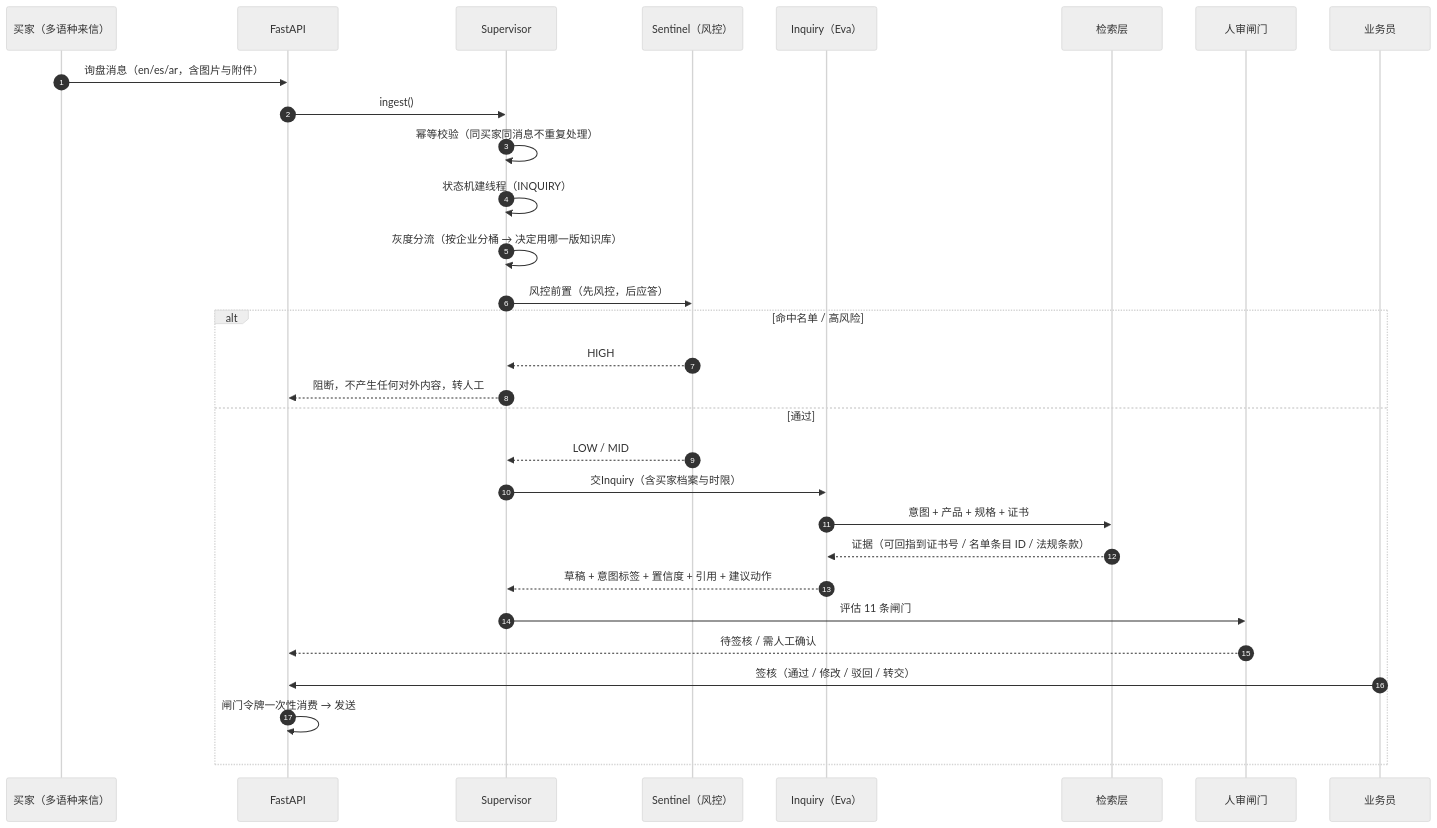
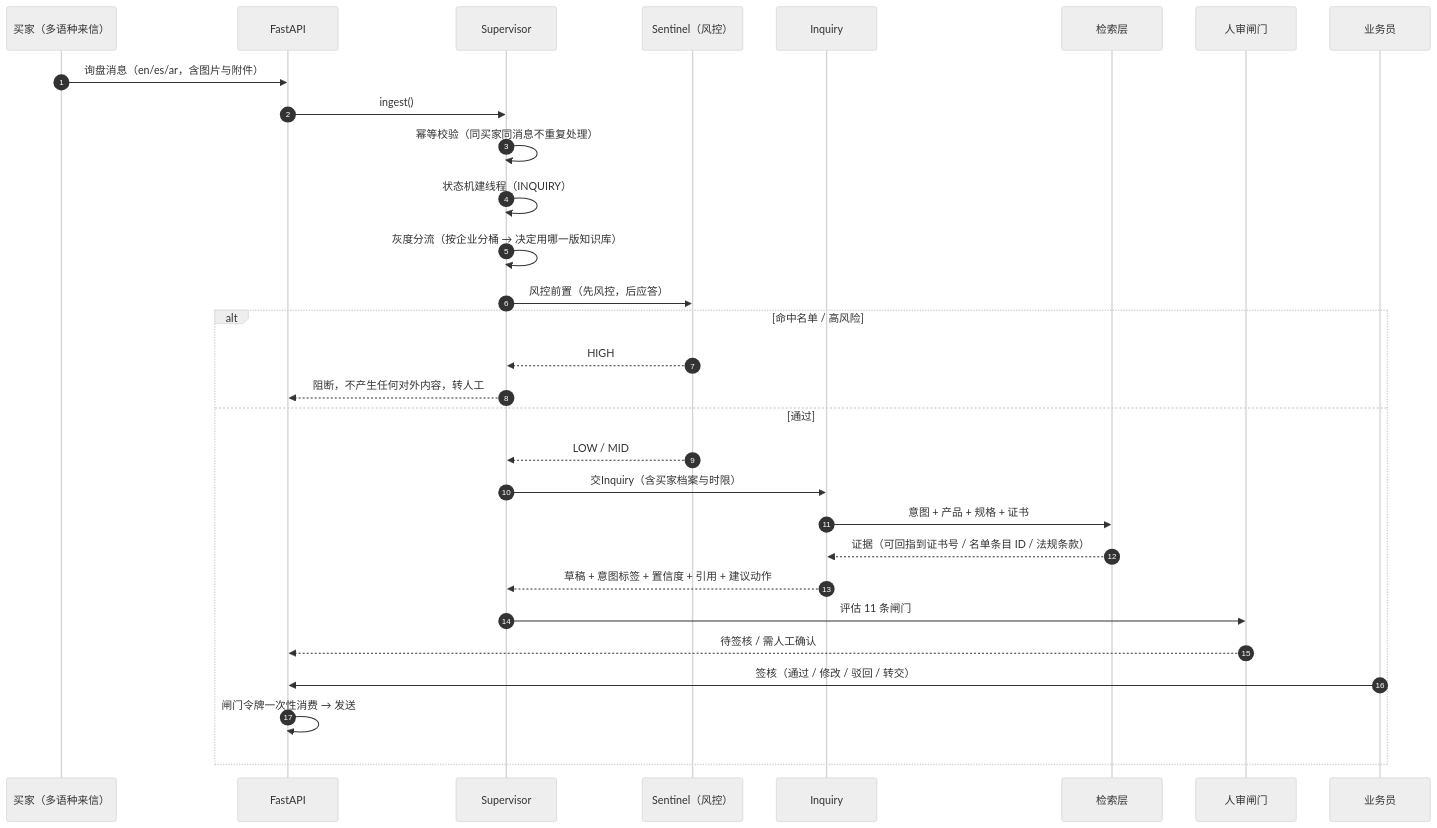
Before and after one commit to Miaoyj510/tradedesk-ai-workbench: the second of 5 diagrams in docs/ARCHITECTURE.md, drawn with Mermaid (neutral theme). The commit also changed other lines of this file and 12 other files, not shown here.

````diff
--- a/docs/ARCHITECTURE.md
+++ b/docs/ARCHITECTURE.md
@@ -68,33 +70,33 @@
 ```mermaid
 sequenceDiagram
   autonumber
   participant B as 买家（多语种来信）
   participant API as FastAPI
   participant SUP as Supervisor
   participant SEN as Sentinel（风控）
-  participant EVA as Inquiry（Eva）
+  participant EVA as Inquiry
   participant RAG as 检索层
   participant H as 人审闸门
   participant H2 as 业务员
 
   B->>API: 询盘消息（en/es/ar，含图片与附件）
   API->>SUP: ingest()
   SUP->>SUP: 幂等校验（同买家同消息不重复处理）
   SUP->>SUP: 状态机建线程（INQUIRY）
   SUP->>SUP: 灰度分流（按企业分桶 → 决定用哪一版知识库）
   SUP->>SEN: 风控前置（先风控，后应答）
   alt 命中名单 / 高风险
     SEN-->>SUP: HIGH
     SUP-->>API: 阻断，不产生任何对外内容，转人工
   else 通过
     SEN-->>SUP: LOW / MID
     SUP->>EVA: 交Inquiry（含买家档案与时限）
     EVA->>RAG: 意图 + 产品 + 规格 + 证书
     RAG-->>EVA: 证据（可回指到证书号 / 名单条目 ID / 法规条款）
     EVA-->>SUP: 草稿 + 意图标签 + 置信度 + 引用 + 建议动作
     SUP->>H: 评估 11 条闸门
     H-->>API: 待签核 / 需人工确认
     H2->>API: 签核（通过 / 修改 / 驳回 / 转交）
     API->>API: 闸门令牌一次性消费 → 发送
   end
 ```
````
